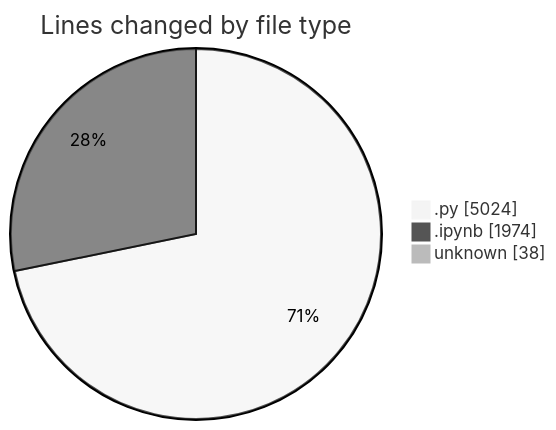
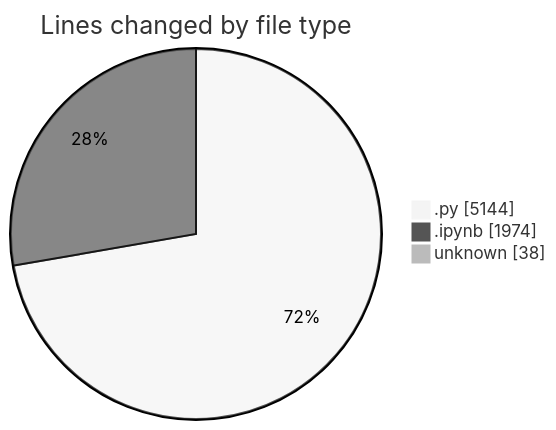
One commit to MatusMokan/code-tracking changed the first of 2 diagrams in 2025-03-21/myws__workspace_/README.md. Above: the diagram before and after it, drawn with Mermaid (neutral theme). The commit also changed other lines of this file and 1 other file, not shown here.

````diff
--- a/2025-03-21/myws__workspace_/README.md
+++ b/2025-03-21/myws__workspace_/README.md
@@ -25,7 +25,7 @@
 ```mermaid
 pie showData
 title Lines changed by file type
-".py" : 5024
+".py" : 5144
 ".ipynb" : 1974
 "unknown" : 38
 ```
````
